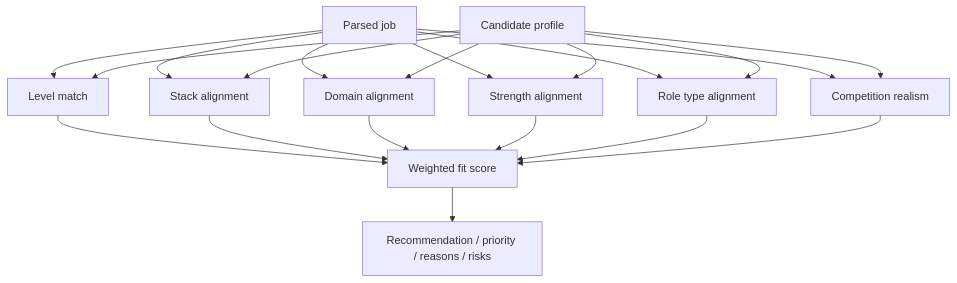
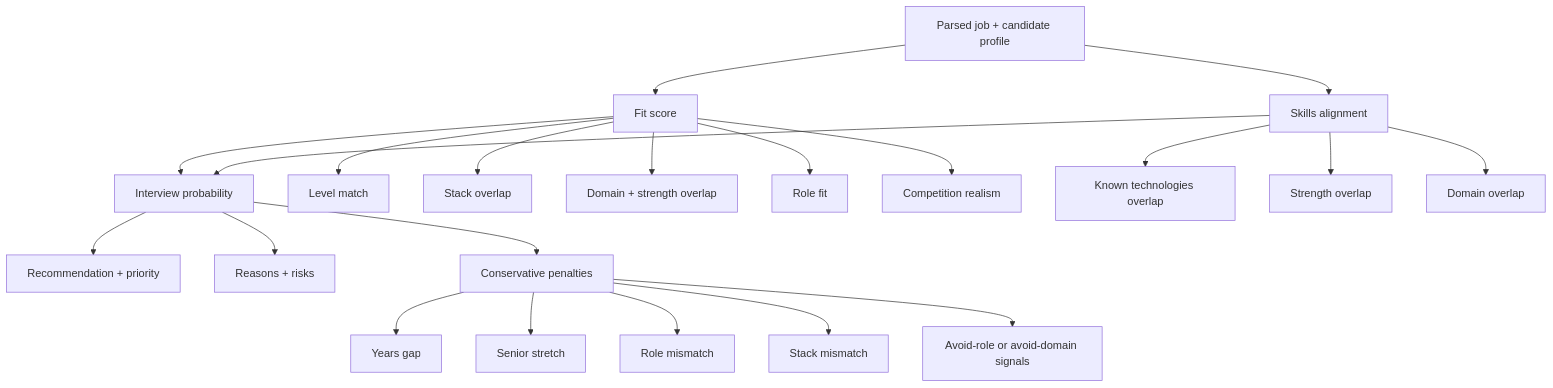
Before and after one commit to doulikecookiedough/find-jobs: the second of 2 diagrams in README.md, drawn with Mermaid. The commit also changed other lines of this file, not shown here.

````diff
--- a/README.md
+++ b/README.md
@@ -174,24 +172,26 @@
 ```mermaid
 flowchart TD
-    A["Parsed job"] --> B["Level match"]
-    A --> C["Stack alignment"]
-    A --> D["Domain alignment"]
-    A --> E["Strength alignment"]
-    A --> F["Role type alignment"]
-    A --> G["Competition realism"]
-    H["Candidate profile"] --> B
-    H --> C
-    H --> D
-    H --> E
-    H --> F
-    H --> G
+    A["Parsed job + candidate profile"] --> B["Fit score"]
+    A --> C["Skills alignment"]
+    B --> D["Interview probability"]
+    C --> D
+    D --> E["Recommendation + priority"]
+    D --> F["Reasons + risks"]
 
-    B --> I["Weighted fit score"]
-    C --> I
-    D --> I
-    E --> I
-    F --> I
-    G --> I
+    B --> B1["Level match"]
+    B --> B2["Stack overlap"]
+    B --> B3["Domain + strength overlap"]
+    B --> B4["Role fit"]
+    B --> B5["Competition realism"]
 
-    I --> J["Recommendation / priority / reasons / risks"]
+    C --> C1["Known technologies overlap"]
+    C --> C2["Strength overlap"]
+    C --> C3["Domain overlap"]
+
+    D --> D1["Conservative penalties"]
+    D1 --> D11["Years gap"]
+    D1 --> D12["Senior stretch"]
+    D1 --> D13["Role mismatch"]
+    D1 --> D14["Stack mismatch"]
+    D1 --> D15["Avoid-role or avoid-domain signals"]
 ```
````
